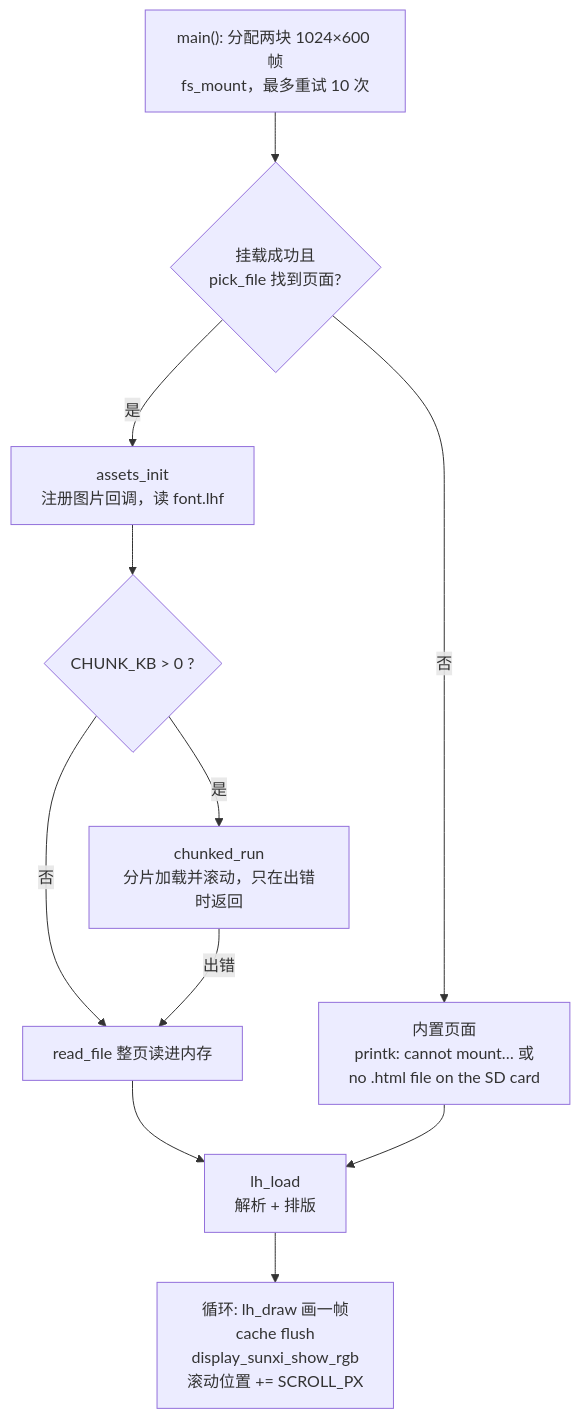
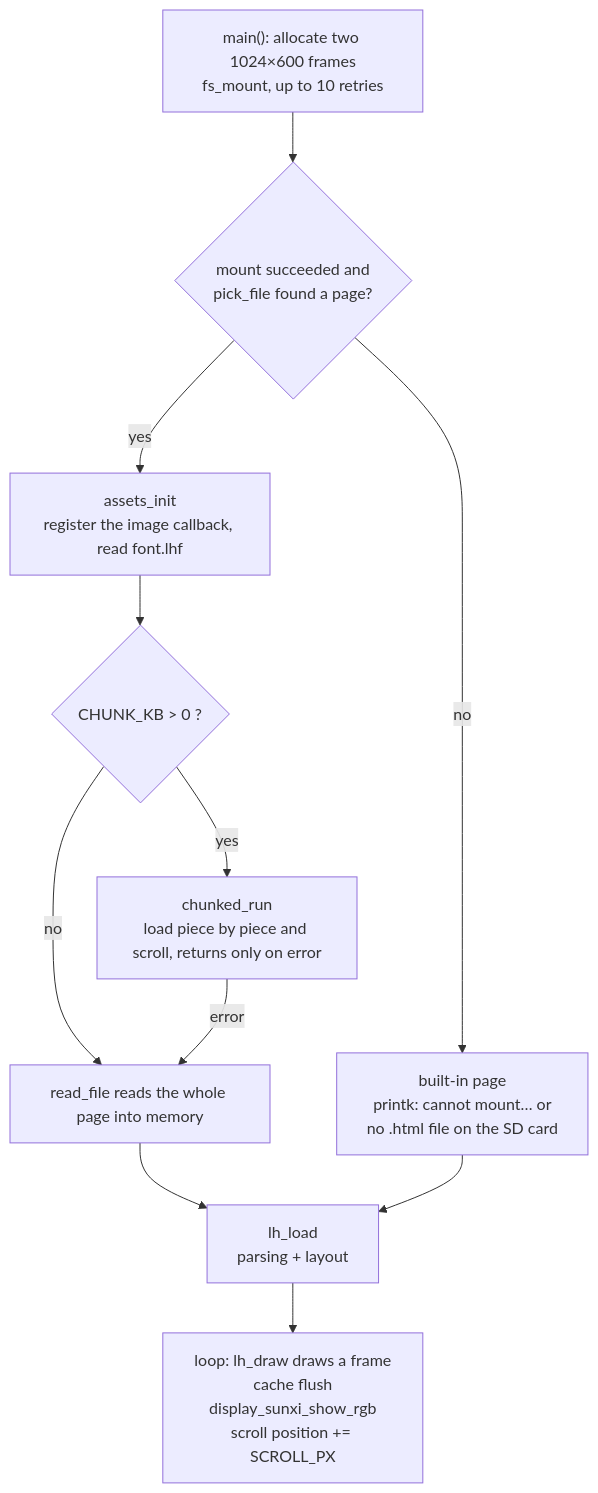
One commit to YuzukiHD/YuzukiNeko changed the second of 2 diagrams in docs/src/content/docs/dev/zephyr/apps/html.md. Above: the diagram before and after it, drawn with Mermaid. The commit also changed other lines of this file and 216 other files, not shown here.

````diff
--- a/docs/src/content/docs/dev/zephyr/apps/html.md
+++ b/docs/src/content/docs/dev/zephyr/apps/html.md
@@ -269,13 +269,13 @@
 ```mermaid
 flowchart TD
-    A["main(): 分配两块 1024×600 帧<br/>fs_mount，最多重试 10 次"] --> B{"挂载成功且<br/>pick_file 找到页面?"}
-    B -->|"否"| BI["内置页面<br/>printk: cannot mount… 或<br/>no .html file on the SD card"]
-    B -->|"是"| C["assets_init<br/>注册图片回调，读 font.lhf"]
+    A["main(): allocate two 1024×600 frames<br/>fs_mount, up to 10 retries"] --> B{"mount succeeded and<br/>pick_file found a page?"}
+    B -->|"no"| BI["built-in page<br/>printk: cannot mount… or<br/>no .html file on the SD card"]
+    B -->|"yes"| C["assets_init<br/>register the image callback, read font.lhf"]
     C --> D{"CHUNK_KB > 0 ?"}
-    D -->|"是"| E["chunked_run<br/>分片加载并滚动，只在出错时返回"]
-    D -->|"否"| F["read_file 整页读进内存"]
-    E -->|"出错"| F
-    F --> G["lh_load<br/>解析 + 排版"]
+    D -->|"yes"| E["chunked_run<br/>load piece by piece and scroll, returns only on error"]
+    D -->|"no"| F["read_file reads the whole page into memory"]
+    E -->|"error"| F
+    F --> G["lh_load<br/>parsing + layout"]
     BI --> G
-    G --> H["循环: lh_draw 画一帧<br/>cache flush<br/>display_sunxi_show_rgb<br/>滚动位置 += SCROLL_PX"]
+    G --> H["loop: lh_draw draws a frame<br/>cache flush<br/>display_sunxi_show_rgb<br/>scroll position += SCROLL_PX"]
 ```
````
